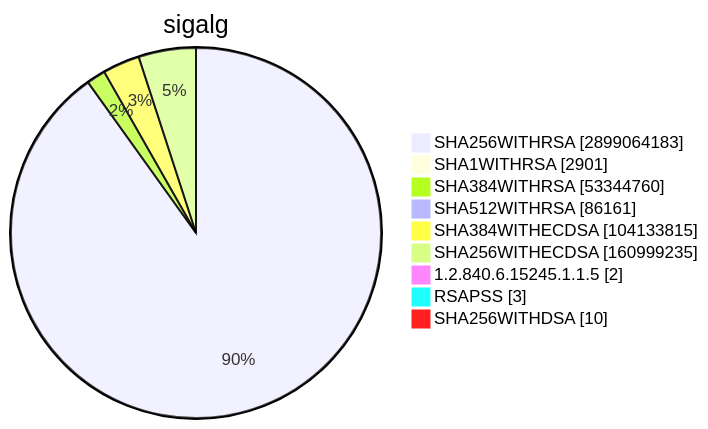
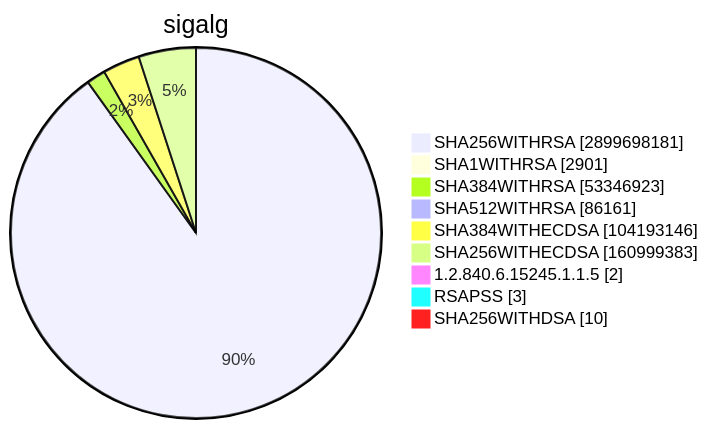
Diagram 15 of 15 in TOTAL/README.md (christiankrug/ctmonitor_visualization), drawn with Mermaid before and after one commit. The commit also changed other lines of this file, not shown here.

````diff
--- a/TOTAL/README.md
+++ b/TOTAL/README.md
@@ -6207,13 +6207,13 @@
 ```mermaid
 pie showData
 title sigalg
-"SHA256WITHRSA" :2899064183
+"SHA256WITHRSA" :2899698181
 "SHA1WITHRSA" :2901
-"SHA384WITHRSA" :53344760
+"SHA384WITHRSA" :53346923
 "SHA512WITHRSA" :86161
-"SHA384WITHECDSA" :104133815
-"SHA256WITHECDSA" :160999235
+"SHA384WITHECDSA" :104193146
+"SHA256WITHECDSA" :160999383
 "1.2.840.6.15245.1.1.5" :2
 "RSAPSS" :3
 "SHA256WITHDSA" :10
 ```
````
